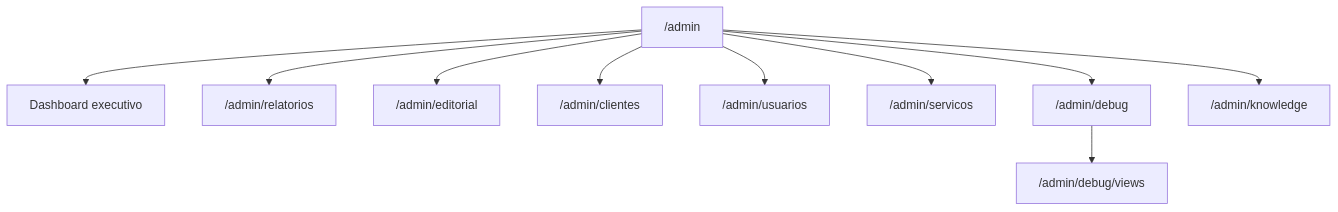
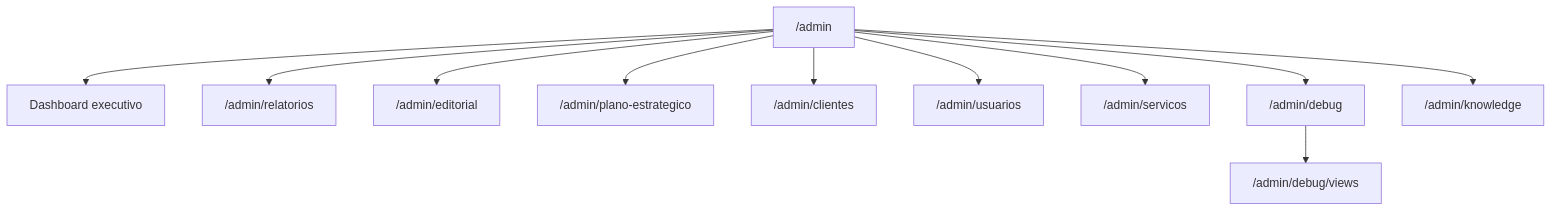
Before and after one commit to Lotus-ofc/supabase-magic-portal: the diagram in docs/06-dashboards/admin-modules.md, drawn with Mermaid. The commit also changed other lines of this file and 5 other files, not shown here.

First line of the commit message:
docs: Plano Estrategico module, ADR-0013 and changelog

````diff
--- a/docs/06-dashboards/admin-modules.md
+++ b/docs/06-dashboards/admin-modules.md
@@ -17,12 +17,13 @@
 ```mermaid
 flowchart TB
     A["/admin"] --> B["Dashboard executivo"]
     A --> R["/admin/relatorios"]
     A --> E["/admin/editorial"]
+    A --> PE["/admin/plano-estrategico"]
     A --> C["/admin/clientes"]
     A --> U["/admin/usuarios"]
     A --> S["/admin/servicos"]
     A --> D["/admin/debug"]
     D --> DV["/admin/debug/views"]
     A --> K["/admin/knowledge"]
 ```
````
